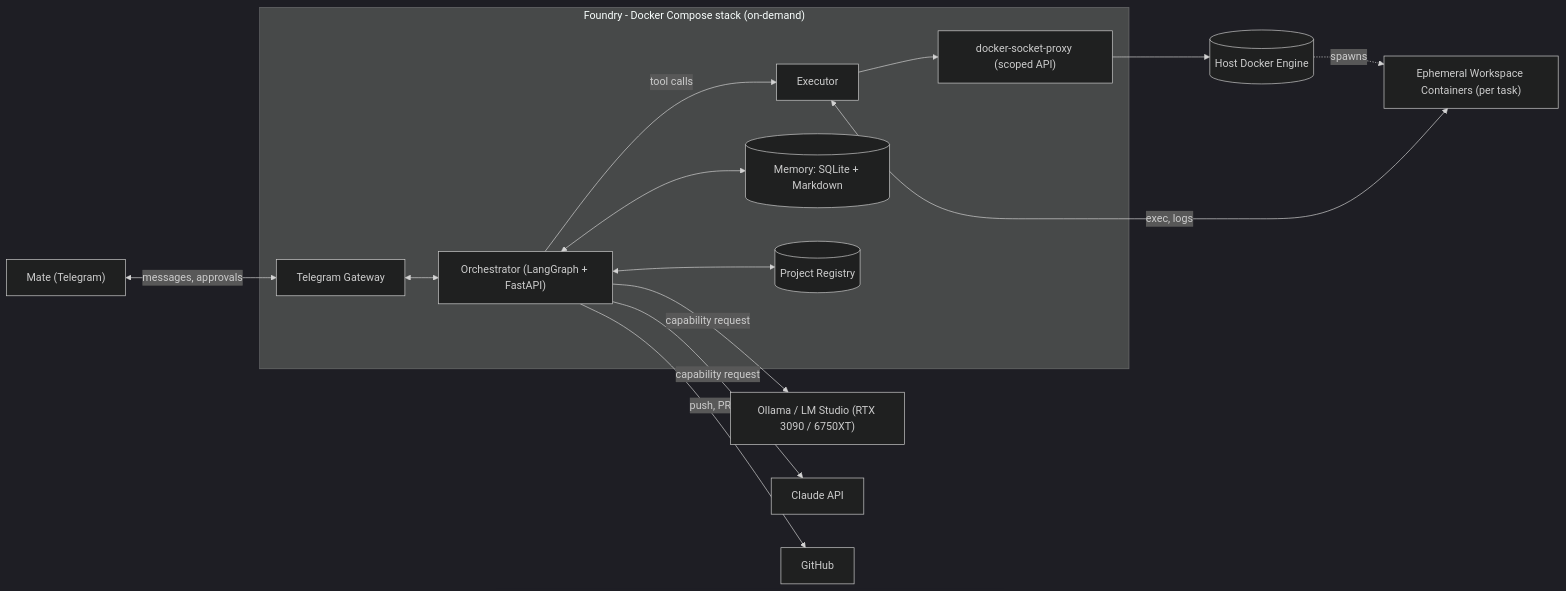
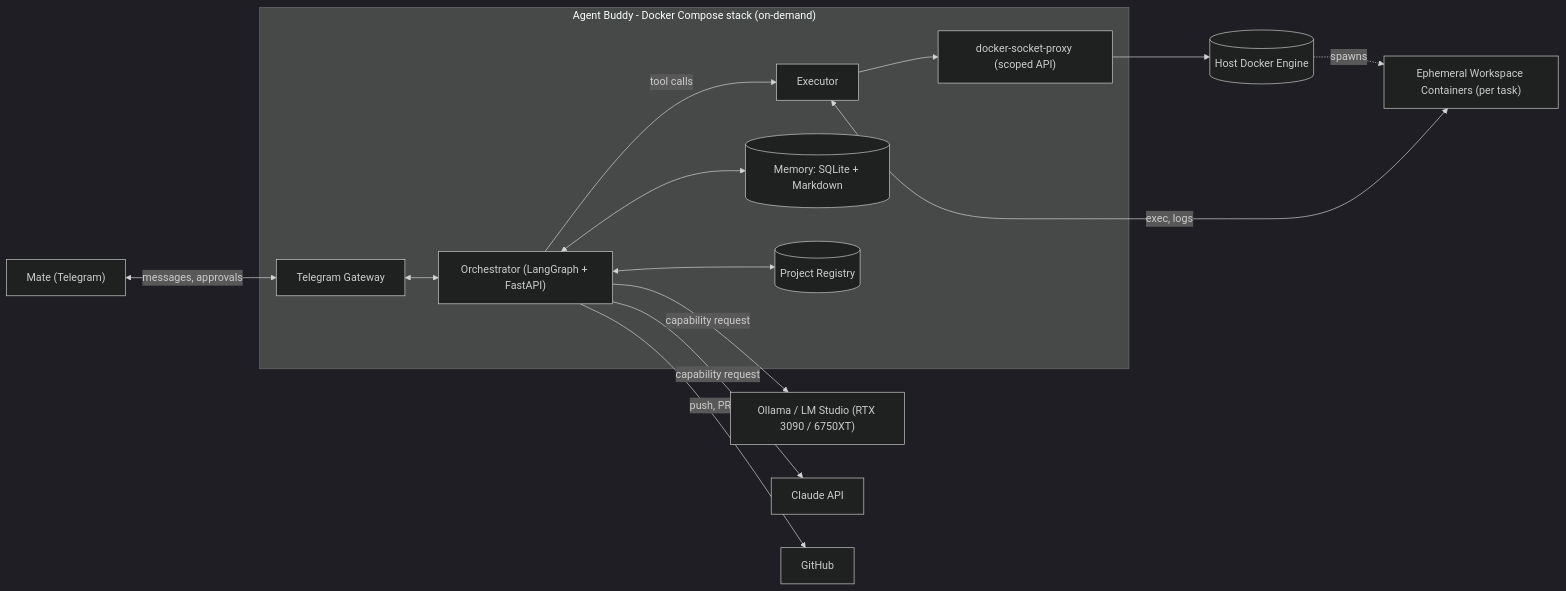
The diagram in README.md (snipa14/AgentBuddy), drawn with Mermaid (dark theme) before and after one commit. The commit also changed other lines of this file and 15 other files, not shown here.

First line of the commit message:
feat(gateway,orchestrator): name projects instead of showing raw ids; rename to Agent Buddy

````diff
--- a/README.md
+++ b/README.md
@@ -90,32 +90,32 @@
 ```mermaid
 flowchart LR
     U["Mate (Telegram)"]
 
-    subgraph FOUNDRY["Foundry - Docker Compose stack (on-demand)"]
+    subgraph FOUNDRY["Agent Buddy - Docker Compose stack (on-demand)"]
         TG["Telegram Gateway"]
         ORCH["Orchestrator (LangGraph + FastAPI)"]
         EXE["Executor"]
         DSP["docker-socket-proxy (scoped API)"]
         MEM[("Memory: SQLite + Markdown")]
         REG[("Project Registry")]
     end
 
     WS["Ephemeral Workspace Containers (per task)"]
     DOCKER[("Host Docker Engine")]
     OLLAMA["Ollama / LM Studio (RTX 3090 / 6750XT)"]
     CLAUDE["Claude API"]
     GH["GitHub"]
 
     U <-->|messages, approvals| TG
     TG <--> ORCH
     ORCH <--> MEM
     ORCH <--> REG
     ORCH -->|tool calls| EXE
     EXE --> DSP
     DSP --> DOCKER
     DOCKER -.spawns.-> WS
     EXE <-->|exec, logs| WS
     ORCH -->|capability request| OLLAMA
     ORCH -->|capability request| CLAUDE
     ORCH -->|push, PR| GH
 ```
````
